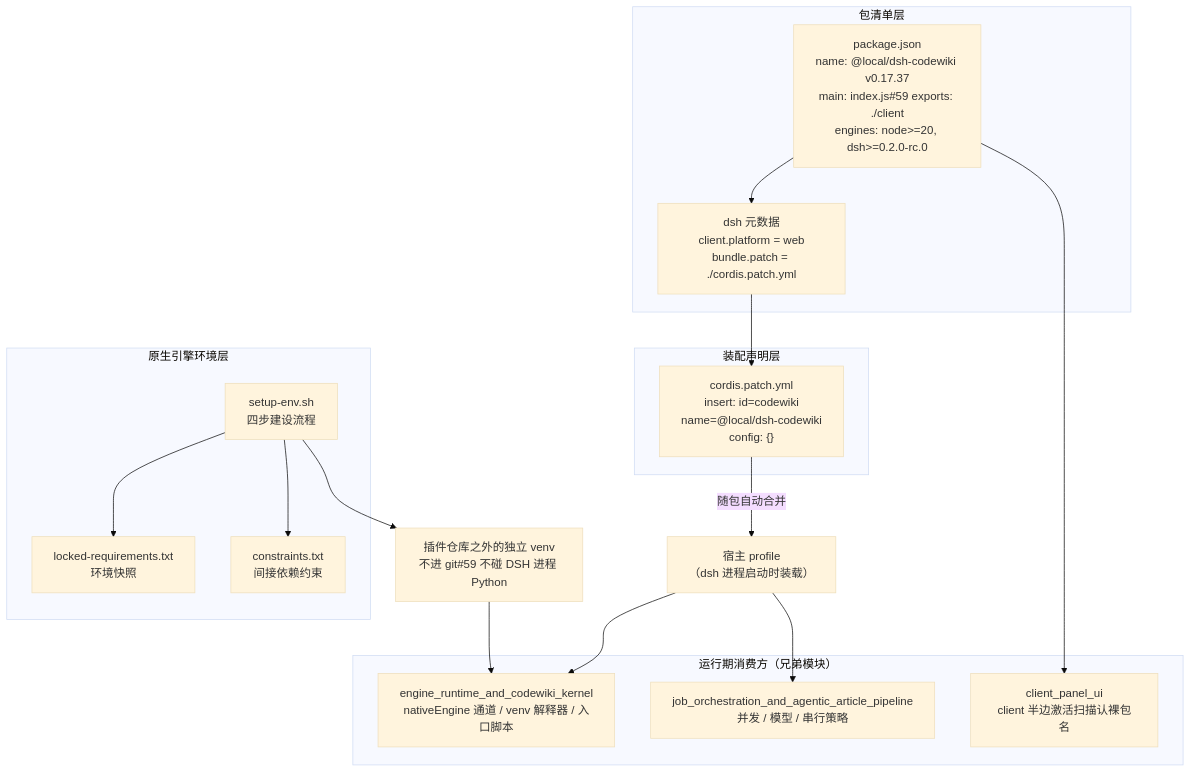
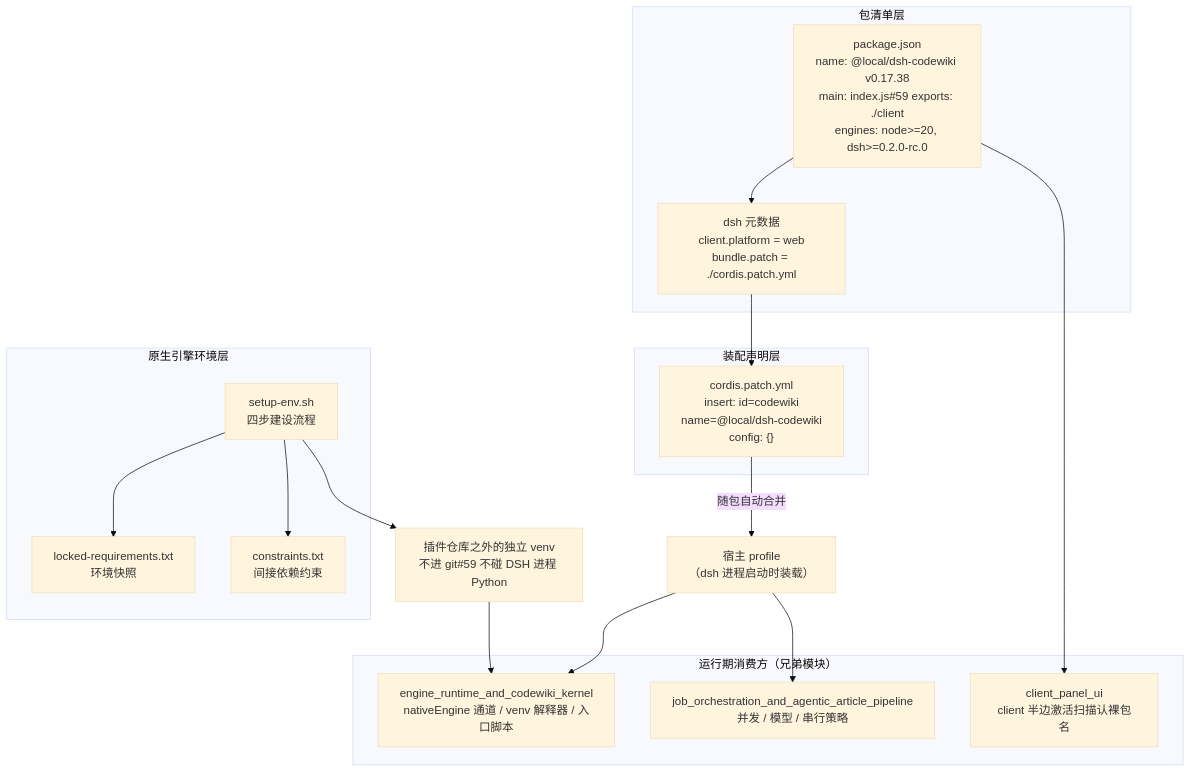
The first of 3 diagrams in .codewiki/modules/build-and-configuration.md (ikliml666/dsh-codewiki), drawn with Mermaid (base theme) before and after one commit. The commit also changed other lines of this file and 28 other files, not shown here.

````diff
--- a/.codewiki/modules/build-and-configuration.md
+++ b/.codewiki/modules/build-and-configuration.md
@@ -28,35 +28,35 @@
 ```mermaid
 flowchart TB
     subgraph PKG["包清单层"]
-        PJ["package.json<br/>name: @local/dsh-codewiki v0.17.37<br/>main: index.js#59 exports: ./client<br/>engines: node>=20, dsh>=0.2.0-rc.0"]
+        PJ["package.json<br/>name: @local/dsh-codewiki v0.17.38<br/>main: index.js#59 exports: ./client<br/>engines: node>=20, dsh>=0.2.0-rc.0"]
         DSHMETA["dsh 元数据<br/>client.platform = web<br/>bundle.patch = ./cordis.patch.yml"]
     end
 
     subgraph PATCH["装配声明层"]
         CP["cordis.patch.yml<br/>insert: id=codewiki<br/>name=@local/dsh-codewiki<br/>config: {}"]
     end
 
     subgraph ENV["原生引擎环境层"]
         SH["setup-env.sh<br/>四步建设流程"]
         LOCK["locked-requirements.txt<br/>环境快照"]
         CON["constraints.txt<br/>间接依赖约束"]
     end
 
     subgraph RUNTIME["运行期消费方（兄弟模块）"]
         ENG["engine_runtime_and_codewiki_kernel<br/>nativeEngine 通道 / venv 解释器 / 入口脚本"]
         JOB["job_orchestration_and_agentic_article_pipeline<br/>并发 / 模型 / 串行策略"]
         UI["client_panel_ui<br/>client 半边激活扫描认裸包名"]
     end
 
     PJ --> DSHMETA
     DSHMETA --> CP
     CP -->|"随包自动合并"| PROFILE["宿主 profile<br/>（dsh 进程启动时装载）"]
     SH --> LOCK
     SH --> CON
     SH --> VENV["插件仓库之外的独立 venv<br/>不进 git#59 不碰 DSH 进程 Python"]
 
     PROFILE --> JOB
     PROFILE --> ENG
     VENV --> ENG
     PJ --> UI
 ```
````
